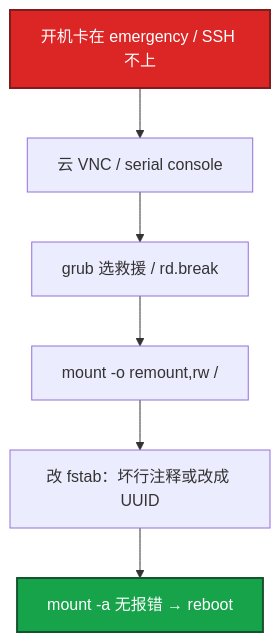
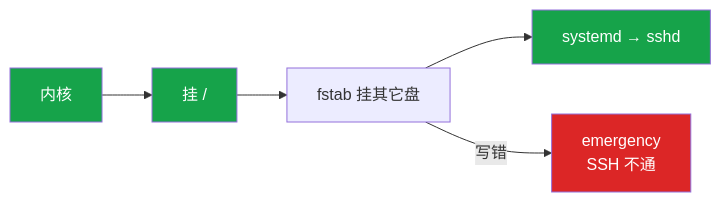
One commit to ml-cuizijun/LearnToLilith changed the eighth of 11 diagrams in 02-基础底座/01-内核与系统/知识点.md. Above: the diagram before and after it, drawn with Mermaid. The commit also changed other lines of this file and 213 other files, not shown here.

````diff
--- a/02-基础底座/01-内核与系统/知识点.md
+++ b/02-基础底座/01-内核与系统/知识点.md
@@ -355,13 +311,12 @@
 ```mermaid
-flowchart TB
-    A[开机卡在 emergency / SSH 不上] --> B[云 VNC / serial console]
-    B --> C[grub 选救援 / rd.break]
-    C --> D["mount -o remount,rw /"]
-    D --> E[改 fstab：坏行注释或改成 UUID]
-    E --> F["mount -a 无报错 → reboot"]
+flowchart LR
+    A[内核] --> B[挂 /]
+    B --> C[fstab 挂其它盘]
+    C --> D[systemd → sshd]
+    C -->|写错| X[emergency<br/>SSH 不通]
 
-    classDef bad fill:#DC2626,stroke:#7F1D1D,stroke-width:2px,color:#fff
-    classDef ok fill:#16A34A,stroke:#14532D,stroke-width:2px,color:#fff
-    class A bad
-    class F ok
+    classDef ok fill:#16A34A,color:#fff
+    classDef bad fill:#DC2626,color:#fff
+    class A,B,D ok
+    class X bad
 ```
````
